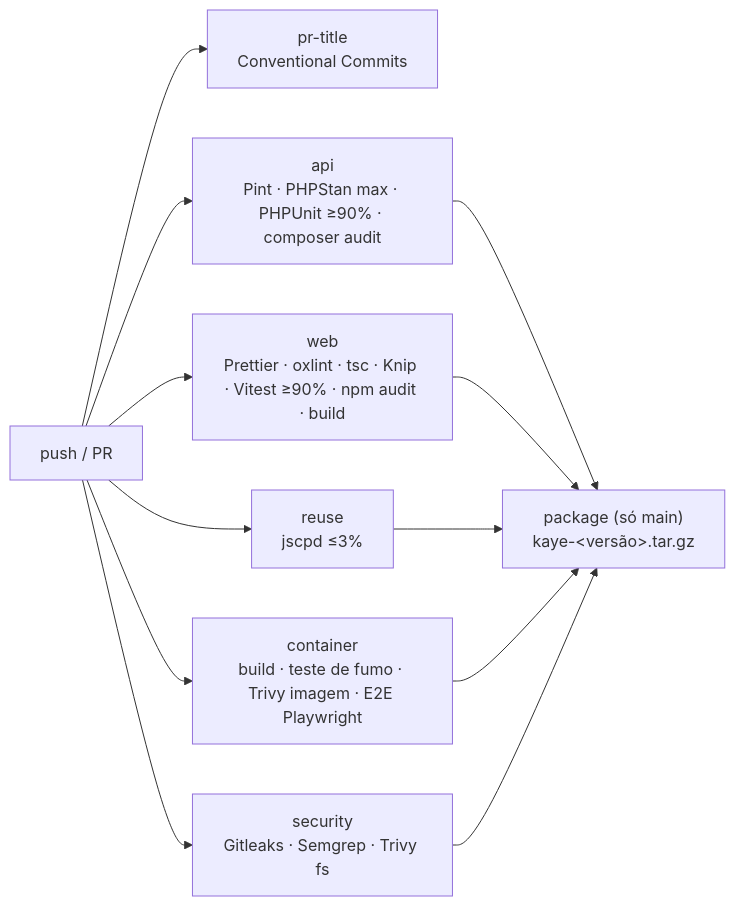
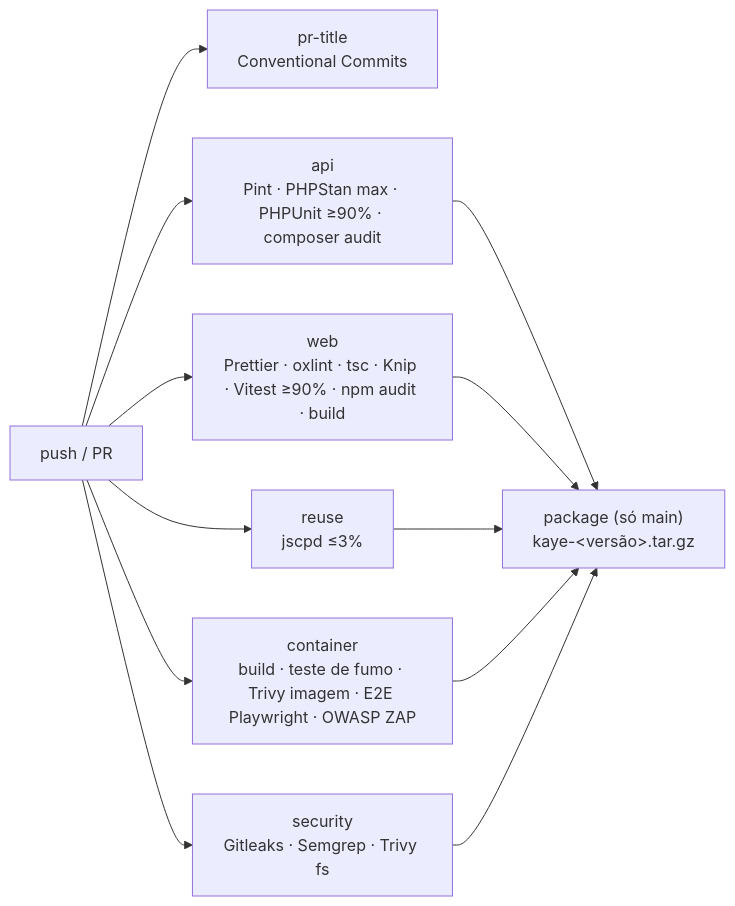
The first of 2 diagrams in docs/infraestrutura.md (edu-mena/kaye), drawn with Mermaid before and after one commit. The commit also changed other lines of this file and 109 other files, not shown here.

````diff
--- a/docs/infraestrutura.md
+++ b/docs/infraestrutura.md
@@ -49,10 +49,10 @@
 ```mermaid
 flowchart LR
   P["push / PR"] --> T["pr-title<br/>Conventional Commits"]
   P --> A["api<br/>Pint · PHPStan max · PHPUnit ≥90% · composer audit"]
   P --> W["web<br/>Prettier · oxlint · tsc · Knip · Vitest ≥90% · npm audit · build"]
   P --> R["reuse<br/>jscpd ≤3%"]
-  P --> C["container<br/>build · teste de fumo · Trivy imagem · E2E Playwright"]
+  P --> C["container<br/>build · teste de fumo · Trivy imagem · E2E Playwright · OWASP ZAP"]
   P --> S["security<br/>Gitleaks · Semgrep · Trivy fs"]
   A & W & R & C & S --> K["package (só main)<br/>kaye-&lt;versão&gt;.tar.gz"]
 ```
````
